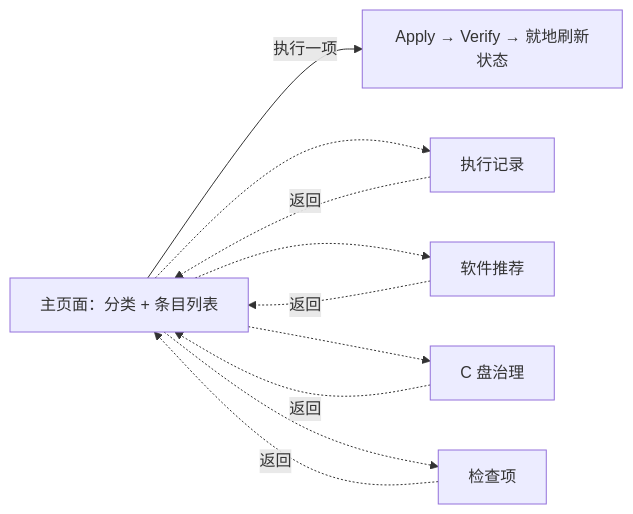
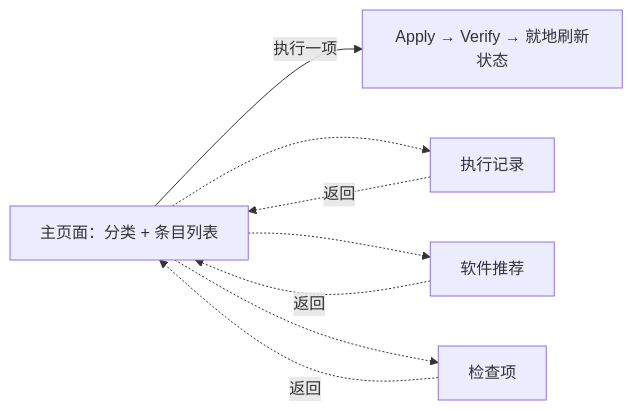
Before and after one commit to CookPiu/WinHomestead: the eighth of 8 diagrams in docs/02-用例与用户流程.md, drawn with Mermaid. The commit also changed other lines of this file and 18 other files, not shown here.

````diff
--- a/docs/02-用例与用户流程.md
+++ b/docs/02-用例与用户流程.md
@@ -434,12 +433,10 @@
 ```mermaid
 flowchart LR
   H[主页面：分类 + 条目列表] -->|执行一项| R[Apply → Verify → 就地刷新状态]
   H -.-> S1[执行记录]
   H -.-> S2[软件推荐]
-  H -.-> S3[C 盘治理]
   H -.-> S4[检查项]
   S1 -.返回.-> H
   S2 -.返回.-> H
-  S3 -.返回.-> H
   S4 -.返回.-> H
 ```
````
